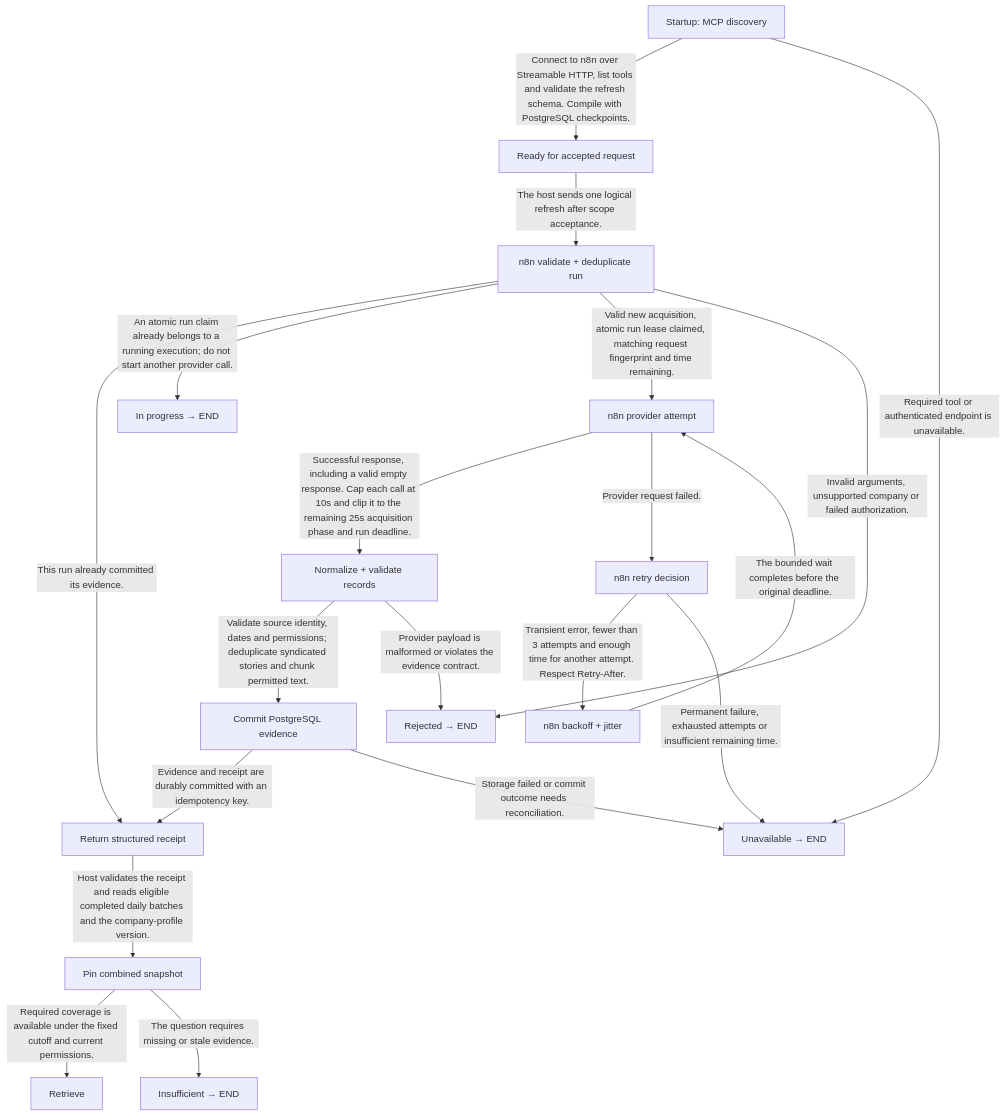
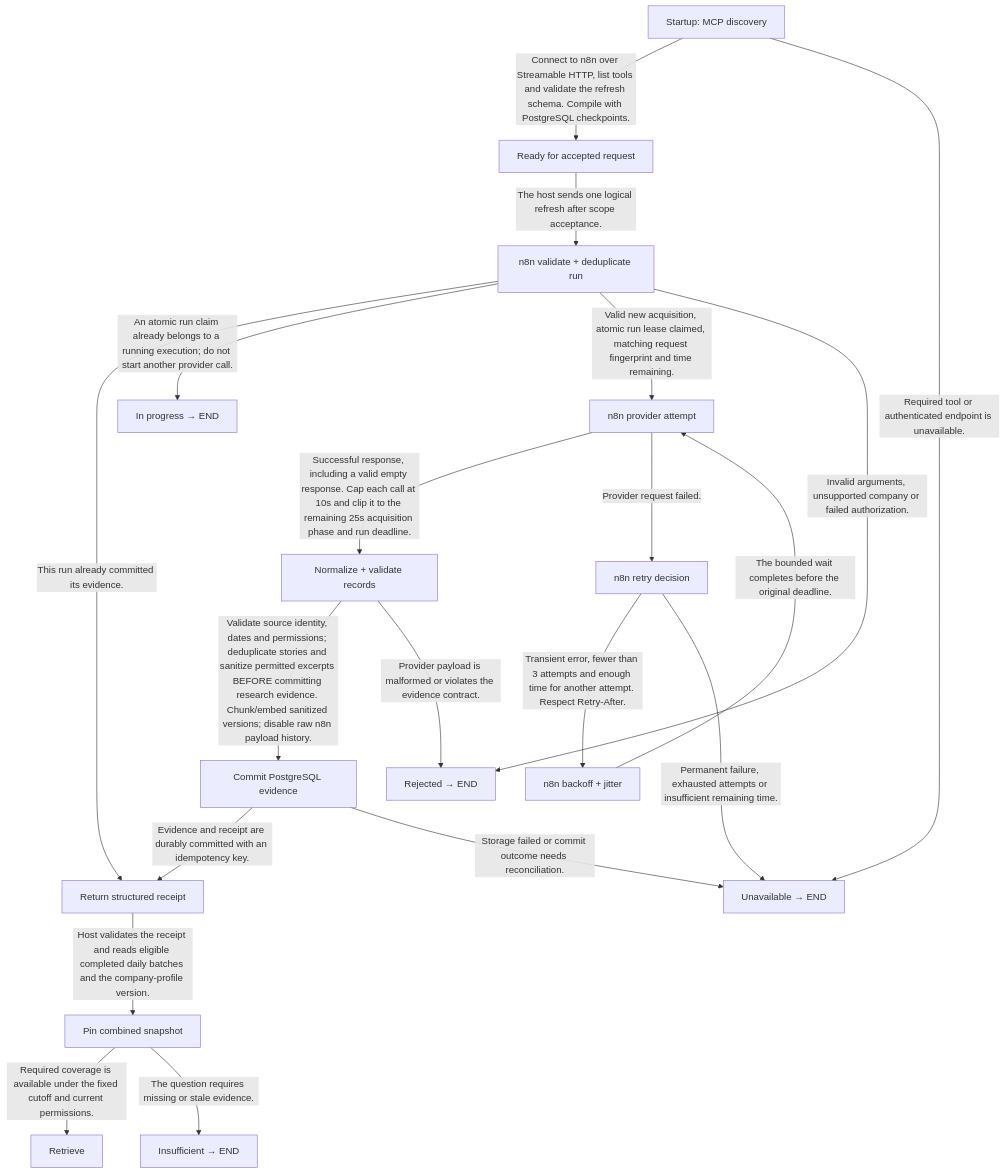
The second of 11 diagrams in docs/FINANCIAL_REPORT_DEVELOPMENT_PROPOSAL.md (ByronHo68/ai-learning-academy), drawn with Mermaid before and after one commit. The commit also changed other lines of this file and 64 other files, not shown here.

````diff
--- a/docs/FINANCIAL_REPORT_DEVELOPMENT_PROPOSAL.md
+++ b/docs/FINANCIAL_REPORT_DEVELOPMENT_PROPOSAL.md
@@ -1091,37 +1153,37 @@
 ```mermaid
 flowchart TD
   n0["Startup: MCP discovery"]
   n1["Ready for accepted request"]
   n2["Unavailable → END"]
   n3["n8n validate + deduplicate run"]
   n4["Return structured receipt"]
   n5["In progress → END"]
   n6["n8n provider attempt"]
   n7["Rejected → END"]
   n8["Normalize + validate records"]
   n9["n8n retry decision"]
   n10["n8n backoff + jitter"]
   n11["Commit PostgreSQL evidence"]
   n12["Pin combined snapshot"]
   n13["Retrieve"]
   n14["Insufficient → END"]
   n0 -->|"Connect to n8n over Streamable HTTP, list tools and validate the refresh schema. Compile with PostgreSQL checkpoints."| n1
   n0 -->|"Required tool or authenticated endpoint is unavailable."| n2
   n1 -->|"The host sends one logical refresh after scope acceptance."| n3
   n3 -->|"This run already committed its evidence."| n4
   n3 -->|"An atomic run claim already belongs to a running execution; do not start another provider call."| n5
   n3 -->|"Valid new acquisition, atomic run lease claimed, matching request fingerprint and time remaining."| n6
   n3 -->|"Invalid arguments, unsupported company or failed authorization."| n7
   n6 -->|"Successful response, including a valid empty response. Cap each call at 10s and clip it to the remaining 25s acquisition phase and run deadline."| n8
   n6 -->|"Provider request failed."| n9
   n9 -->|"Transient error, fewer than 3 attempts and enough time for another attempt. Respect Retry-After."| n10
   n10 -->|"The bounded wait completes before the original deadline."| n6
   n9 -->|"Permanent failure, exhausted attempts or insufficient remaining time."| n2
-  n8 -->|"Validate source identity, dates and permissions; deduplicate syndicated stories and chunk permitted text."| n11
+  n8 -->|"Validate source identity, dates and permissions; deduplicate stories and sanitize permitted excerpts BEFORE committing research evidence. Chunk/embed sanitized versions; disable raw n8n payload history."| n11
   n8 -->|"Provider payload is malformed or violates the evidence contract."| n7
   n11 -->|"Evidence and receipt are durably committed with an idempotency key."| n4
   n11 -->|"Storage failed or commit outcome needs reconciliation."| n2
   n4 -->|"Host validates the receipt and reads eligible completed daily batches and the company-profile version."| n12
   n12 -->|"Required coverage is available under the fixed cutoff and current permissions."| n13
   n12 -->|"The question requires missing or stale evidence."| n14
 ```
````
